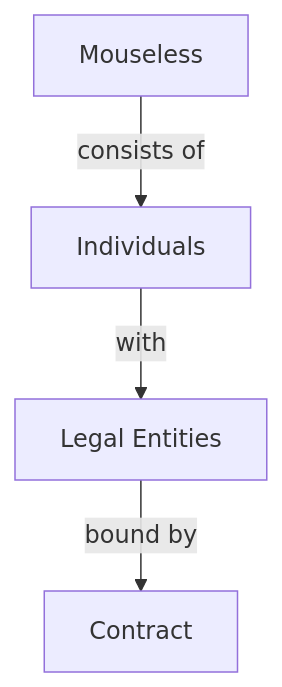
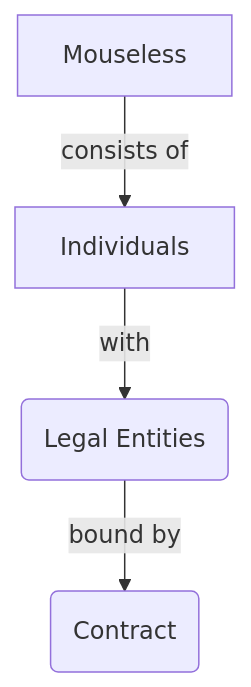
Before and after one commit to mouseless/mouseless.codes: the first of 2 diagrams in our-collective.md, drawn with Mermaid. The commit also changed other lines of this file and 3 other files, not shown here.

First line of the commit message:
revise our collective content flow

````diff
--- a/our-collective.md
+++ b/our-collective.md
@@ -131,4 +60,4 @@
 ```mermaid
 flowchart TB
-    Mouseless --consists of--> Individuals --with--> LE[Legal Entities] --bound by--> C[Contract]
+    Mouseless --consists of--> Individuals --with--> LE(Legal Entities) --bound by--> C(Contract)
 ```
````
